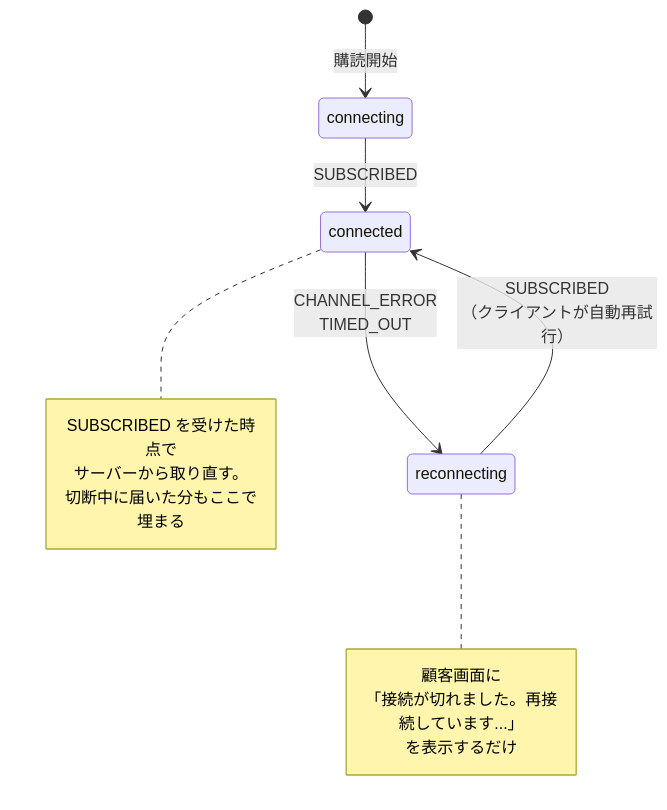
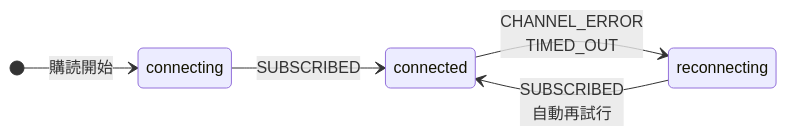
One commit to usako-ui/CS-chatbot-portfolio changed the sixth of 7 diagrams in docs/manual-developer.md. Above: the diagram before and after it, drawn with Mermaid. The commit also changed other lines of this file, not shown here.

First line of the commit message:
docs: 図が縦に長すぎる問題を直し、スクロール量を半分以下にする

````diff
--- a/docs/manual-developer.md
+++ b/docs/manual-developer.md
@@ -497,19 +465,8 @@
 ```mermaid
 stateDiagram-v2
+    direction LR
     [*] --> connecting: 購読開始
     connecting --> connected: SUBSCRIBED
     connected --> reconnecting: CHANNEL_ERROR<br/>TIMED_OUT
-    reconnecting --> connected: SUBSCRIBED<br/>（クライアントが自動再試行）
-
-    note right of connected
-      SUBSCRIBED を受けた時点で
-      サーバーから取り直す。
-      切断中に届いた分もここで埋まる
-    end note
-
-    note right of reconnecting
-      顧客画面に
-      「接続が切れました。再接続しています...」
-      を表示するだけ
-    end note
+    reconnecting --> connected: SUBSCRIBED<br/>自動再試行
 ```
````
